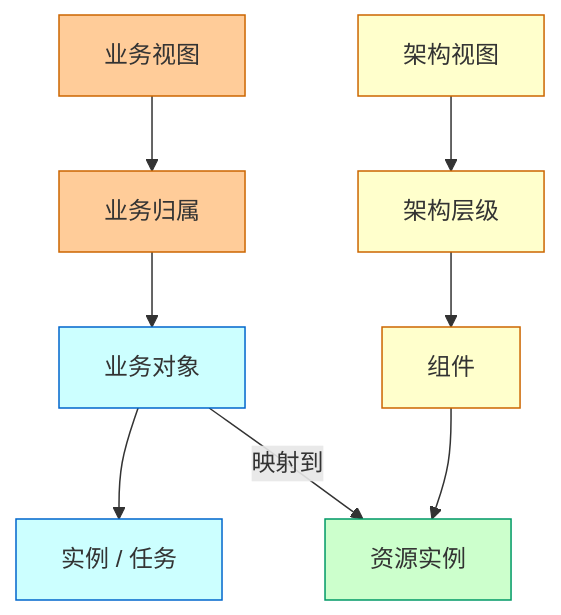
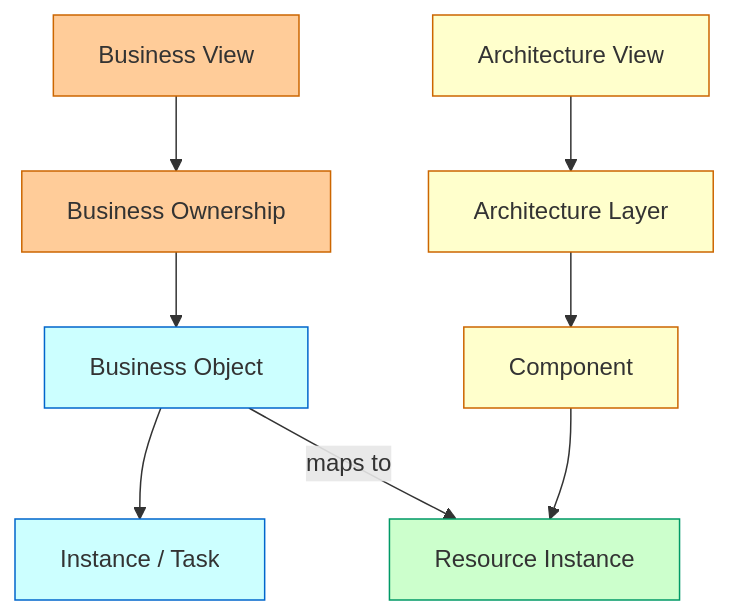
One commit to xyjunco/junco-skill changed the second of 5 diagrams in references/platform-patterns.md. Above: the diagram before and after it, drawn with Mermaid. The commit also changed other lines of this file and 6 other files, not shown here.

````diff
--- a/references/platform-patterns.md
+++ b/references/platform-patterns.md
@@ -73,25 +73,25 @@
 ```mermaid
 graph TD
-  Business["业务视图"] --> Owner["业务归属"]
-  Owner --> Object["业务对象"]
-  Object --> Instance["实例 / 任务"]
+  Business["Business View"] --> Owner["Business Ownership"]
+  Owner --> Object["Business Object"]
+  Object --> Instance["Instance / Task"]
 
-  Architecture["架构视图"] --> Layer["架构层级"]
-  Layer --> Component["组件"]
-  Component --> Resource["资源实例"]
+  Architecture["Architecture View"] --> Layer["Architecture Layer"]
+  Layer --> Component["Component"]
+  Component --> Resource["Resource Instance"]
 
-  Object -- "映射到" --> Resource
+  Object -- "maps to" --> Resource
 
   class Business,Owner actor;
   class Object,Instance core;
   class Architecture,Layer,Component control;
   class Resource runtime;
 
   classDef actor fill:#FFCC99,stroke:#CC6600,color:#333333;
   classDef core fill:#CCFFFF,stroke:#0066CC,color:#333333;
   classDef runtime fill:#CCFFCC,stroke:#009966,color:#333333;
   classDef control fill:#FFFFCC,stroke:#CC6600,color:#333333;
   classDef data fill:#CCCCFF,stroke:#663399,color:#333333;
   classDef risk fill:#FFCCCC,stroke:#CC3333,color:#333333;
   classDef neutral fill:#FFFFFF,stroke:#999999,color:#333333;
 ```
````
